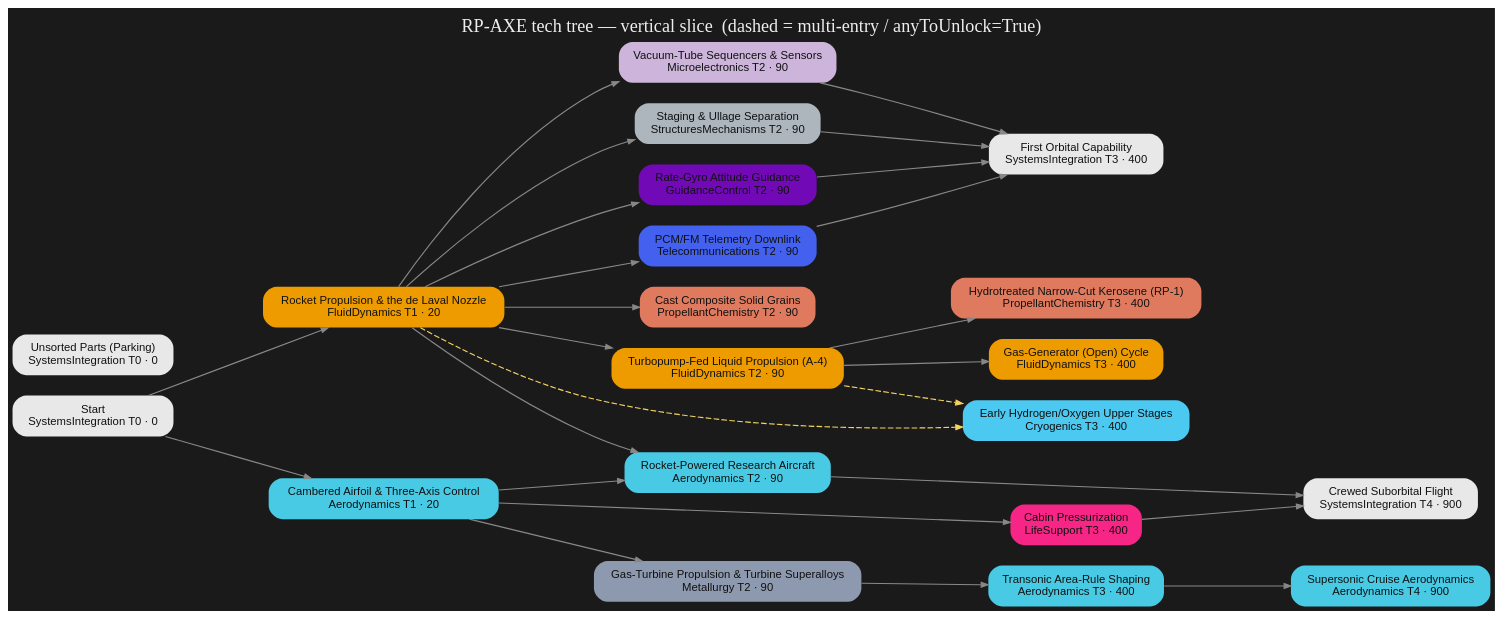
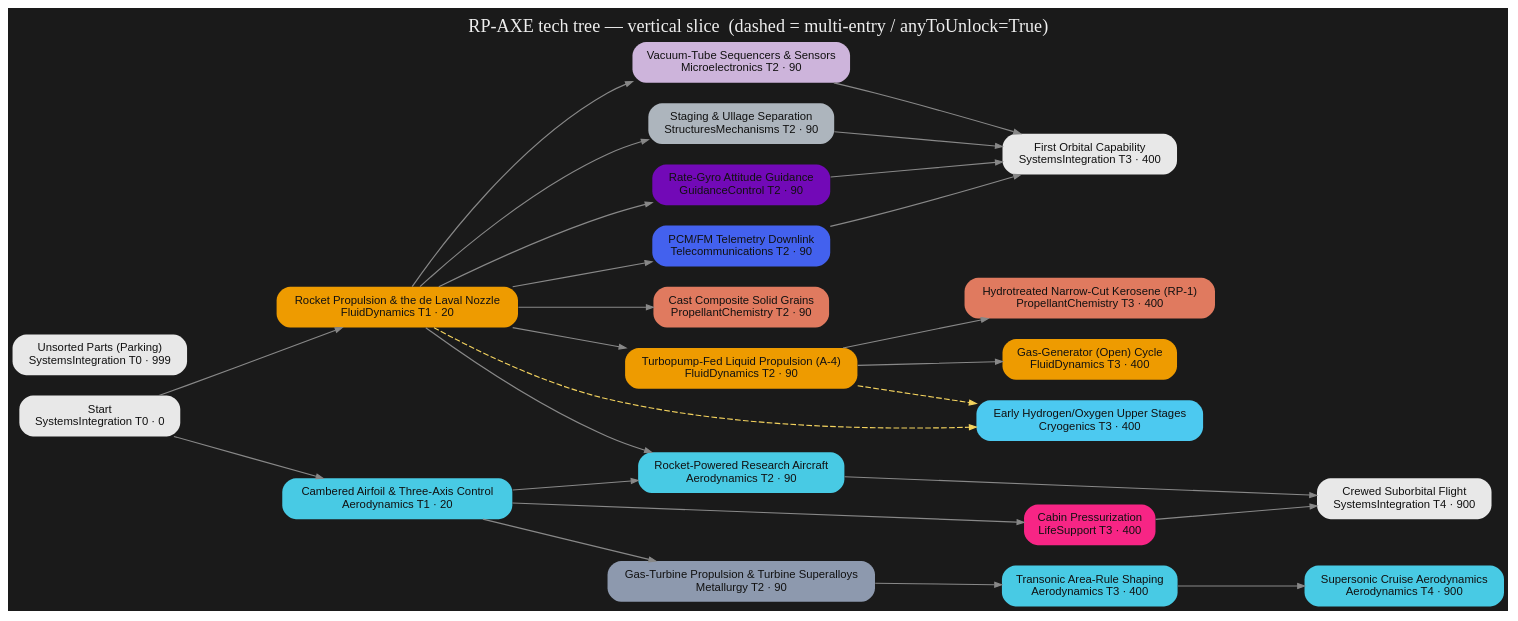
Before and after one commit to miskoltrans/RP-AXE: the diagram in tree/render/axe-tree.dot, drawn with Graphviz. The commit also changed 5 other files, not shown here.

```diff
--- a/tree/render/axe-tree.dot
+++ b/tree/render/axe-tree.dot
@@ -1,56 +1,56 @@
 digraph AXE {
   rankdir=LR; bgcolor="#1a1a1a"; nodesep=0.25; ranksep=1.1;
   node[shape=box,style="filled,rounded",fontname="Helvetica",fontsize=10,color="#00000000"];
   edge[color="#888888",arrowsize=0.6];
   "start" [label="Start\nSystemsIntegration T0 · 0",fillcolor="#e8e8e8",fontcolor="#111111"];
-  "parking" [label="Unsorted Parts (Parking)\nSystemsIntegration T0 · 0",fillcolor="#e8e8e8",fontcolor="#111111"];
+  "parking" [label="Unsorted Parts (Parking)\nSystemsIntegration T0 · 999",fillcolor="#e8e8e8",fontcolor="#111111"];
   "rocketryStart" [label="Rocket Propulsion & the de Laval Nozzle\nFluidDynamics T1 · 20",fillcolor="#ee9b00",fontcolor="#111111"];
   "fd_turbopumpLiquid" [label="Turbopump-Fed Liquid Propulsion (A-4)\nFluidDynamics T2 · 90",fillcolor="#ee9b00",fontcolor="#111111"];
   "pc_solidGrain" [label="Cast Composite Solid Grains\nPropellantChemistry T2 · 90",fillcolor="#e07a5f",fontcolor="#111111"];
   "pc_kerosene" [label="Hydrotreated Narrow-Cut Kerosene (RP-1)\nPropellantChemistry T3 · 400",fillcolor="#e07a5f",fontcolor="#111111"];
   "fd_gasGenerator" [label="Gas-Generator (Open) Cycle\nFluidDynamics T3 · 400",fillcolor="#ee9b00",fontcolor="#111111"];
   "cryo_earlyHydrolox" [label="Early Hydrogen/Oxygen Upper Stages\nCryogenics T3 · 400",fillcolor="#4cc9f0",fontcolor="#111111"];
   "str_stageSeparation" [label="Staging & Ullage Separation\nStructuresMechanisms T2 · 90",fillcolor="#adb5bd",fontcolor="#111111"];
   "gnc_earlyGuidance" [label="Rate-Gyro Attitude Guidance\nGuidanceControl T2 · 90",fillcolor="#7209b7",fontcolor="#111111"];
   "tel_pcmTelemetry" [label="PCM/FM Telemetry Downlink\nTelecommunications T2 · 90",fillcolor="#4361ee",fontcolor="#111111"];
   "mic_probeAvionics" [label="Vacuum-Tube Sequencers & Sensors\nMicroelectronics T2 · 90",fillcolor="#cdb4db",fontcolor="#111111"];
   "int_firstOrbit" [label="First Orbital Capability\nSystemsIntegration T3 · 400",fillcolor="#e8e8e8",fontcolor="#111111"];
   "xplaneStart" [label="Cambered Airfoil & Three-Axis Control\nAerodynamics T1 · 20",fillcolor="#48cae4",fontcolor="#111111"];
   "met_turbojet" [label="Gas-Turbine Propulsion & Turbine Superalloys\nMetallurgy T2 · 90",fillcolor="#8d99ae",fontcolor="#111111"];
   "aero_transonicFlight" [label="Transonic Area-Rule Shaping\nAerodynamics T3 · 400",fillcolor="#48cae4",fontcolor="#111111"];
   "aero_supersonicCruise" [label="Supersonic Cruise Aerodynamics\nAerodynamics T4 · 900",fillcolor="#48cae4",fontcolor="#111111"];
   "aero_rocketplane" [label="Rocket-Powered Research Aircraft\nAerodynamics T2 · 90",fillcolor="#48cae4",fontcolor="#111111"];
   "life_pressurizedCabin" [label="Cabin Pressurization\nLifeSupport T3 · 400",fillcolor="#f72585",fontcolor="#111111"];
   "int_crewedSuborbital" [label="Crewed Suborbital Flight\nSystemsIntegration T4 · 900",fillcolor="#e8e8e8",fontcolor="#111111"];
   { rank=same; "start" "parking" }
   { rank=same; "rocketryStart" "xplaneStart" }
   { rank=same; "fd_turbopumpLiquid" "pc_solidGrain" "str_stageSeparation" "gnc_earlyGuidance" "tel_pcmTelemetry" "mic_probeAvionics" "met_turbojet" "aero_rocketplane" }
   { rank=same; "pc_kerosene" "fd_gasGenerator" "cryo_earlyHydrolox" "int_firstOrbit" "aero_transonicFlight" "life_pressurizedCabin" }
   { rank=same; "aero_supersonicCruise" "int_crewedSuborbital" }
   "start" -> "rocketryStart" [style=solid];
   "rocketryStart" -> "fd_turbopumpLiquid" [style=solid];
   "rocketryStart" -> "pc_solidGrain" [style=solid];
   "fd_turbopumpLiquid" -> "pc_kerosene" [style=solid];
   "fd_turbopumpLiquid" -> "fd_gasGenerator" [style=solid];
   "rocketryStart" -> "cryo_earlyHydrolox" [style=dashed,color="#f4d35e"];
   "fd_turbopumpLiquid" -> "cryo_earlyHydrolox" [style=dashed,color="#f4d35e"];
   "rocketryStart" -> "str_stageSeparation" [style=solid];
   "rocketryStart" -> "gnc_earlyGuidance" [style=solid];
   "rocketryStart" -> "tel_pcmTelemetry" [style=solid];
   "rocketryStart" -> "mic_probeAvionics" [style=solid];
   "str_stageSeparation" -> "int_firstOrbit" [style=solid];
   "gnc_earlyGuidance" -> "int_firstOrbit" [style=solid];
   "tel_pcmTelemetry" -> "int_firstOrbit" [style=solid];
   "mic_probeAvionics" -> "int_firstOrbit" [style=solid];
   "start" -> "xplaneStart" [style=solid];
   "xplaneStart" -> "met_turbojet" [style=solid];
   "met_turbojet" -> "aero_transonicFlight" [style=solid];
   "aero_transonicFlight" -> "aero_supersonicCruise" [style=solid];
   "xplaneStart" -> "aero_rocketplane" [style=solid];
   "rocketryStart" -> "aero_rocketplane" [style=solid];
   "xplaneStart" -> "life_pressurizedCabin" [style=solid];
   "aero_rocketplane" -> "int_crewedSuborbital" [style=solid];
   "life_pressurizedCabin" -> "int_crewedSuborbital" [style=solid];
   labelloc="t"; fontcolor="#eeeeee"; fontsize=16;
   label="RP-AXE tech tree — vertical slice  (dashed = multi-entry / anyToUnlock=True)";
 }
```
